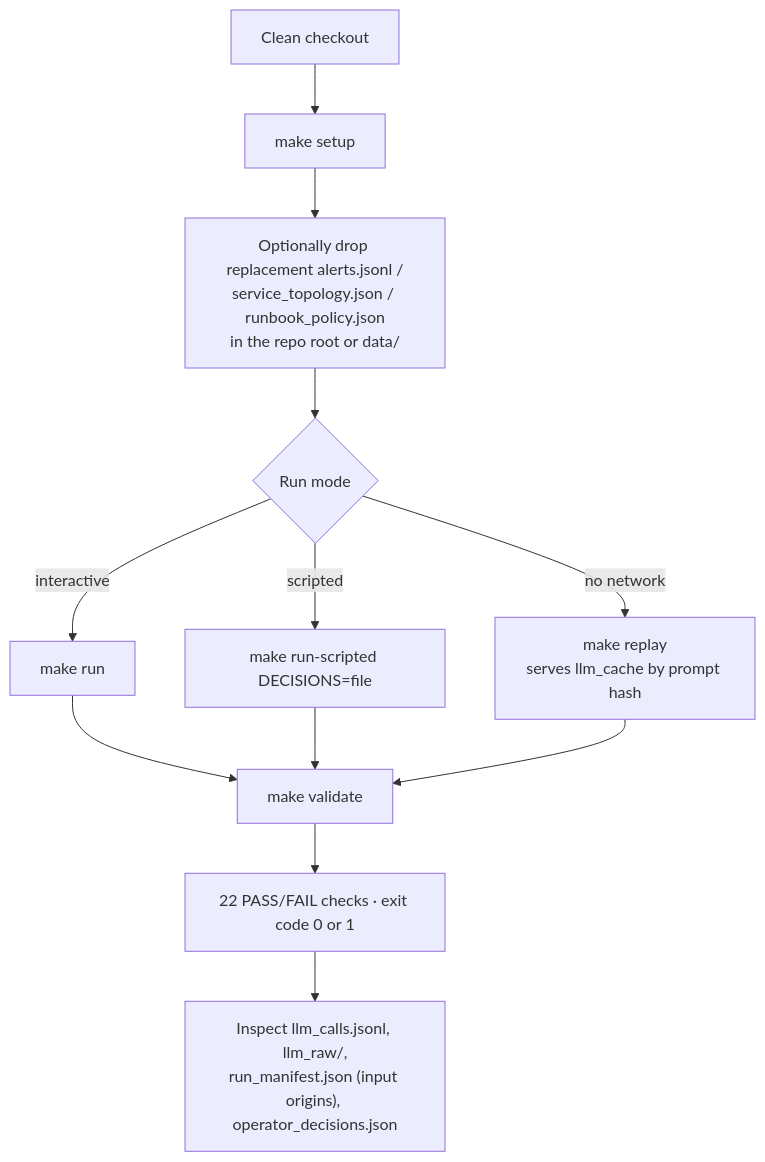
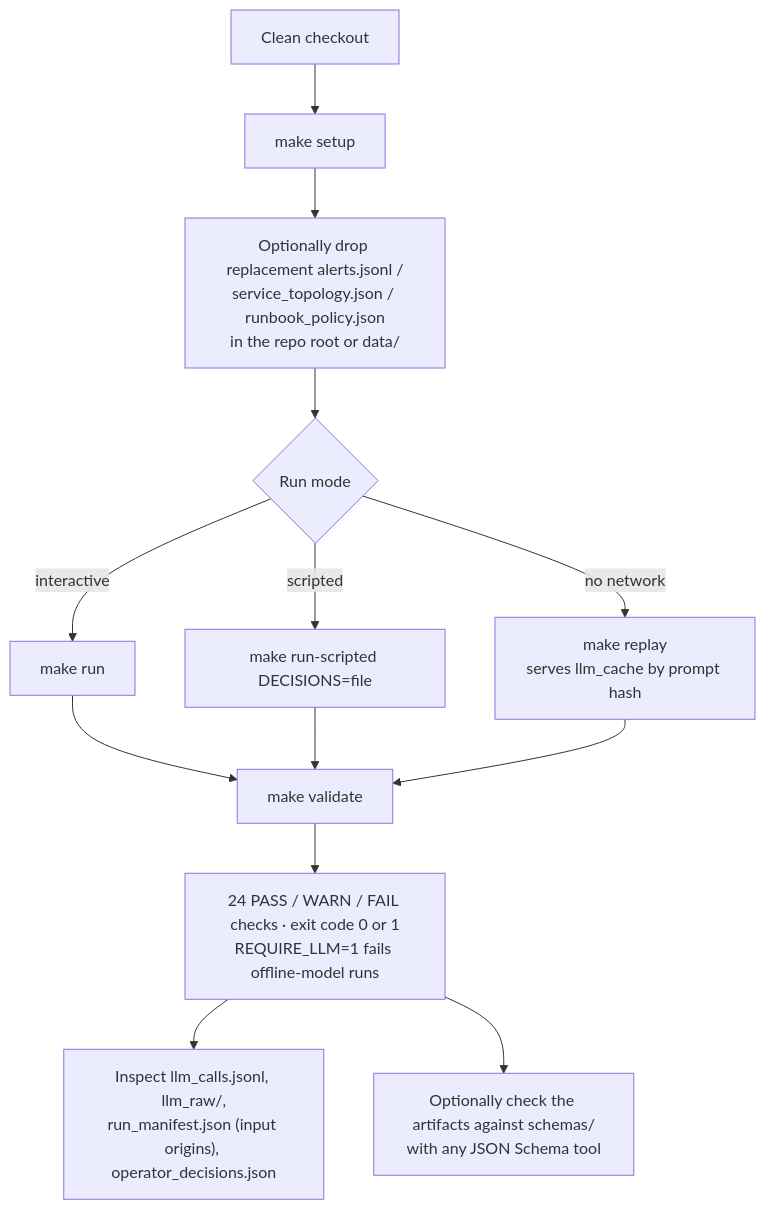
One commit to srikanthkakumanu/deriv-irp changed the seventh of 8 diagrams in docs/IMPLEMENTATION_SPEC.md. Above: the diagram before and after it, drawn with Mermaid. The commit also changed other lines of this file and 28 other files, not shown here.

First line of the commit message:
Flag non-LLM runs, publish artifact JSON Schemas, add property tests

````diff
--- a/docs/IMPLEMENTATION_SPEC.md
+++ b/docs/IMPLEMENTATION_SPEC.md
@@ -316,14 +318,15 @@
 ```mermaid
 flowchart TD
     A[Clean checkout] --> B[make setup]
     B --> C[Optionally drop replacement alerts.jsonl /<br/>service_topology.json / runbook_policy.json<br/>in the repo root or data/]
     C --> D{Run mode}
     D -- interactive --> E[make run]
     D -- scripted --> F[make run-scripted DECISIONS=file]
     D -- no network --> G[make replay<br/>serves llm_cache by prompt hash]
     E --> H[make validate]
     F --> H
     G --> H
-    H --> I[22 PASS/FAIL checks · exit code 0 or 1]
+    H --> I[24 PASS / WARN / FAIL checks · exit code 0 or 1<br/>REQUIRE_LLM=1 fails offline-model runs]
     I --> J["Inspect llm_calls.jsonl, llm_raw/,<br/>run_manifest.json (input origins), operator_decisions.json"]
+    I --> K["Optionally check the artifacts against schemas/<br/>with any JSON Schema tool"]
 ```
````
